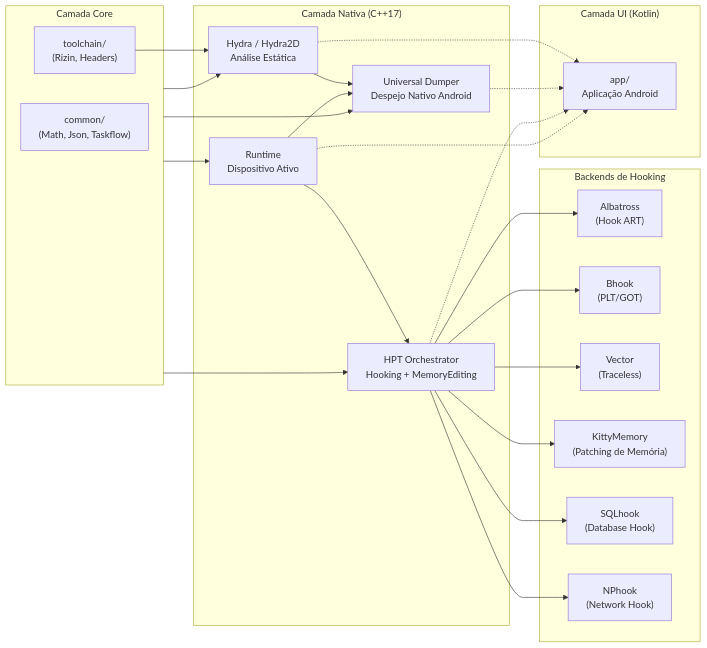
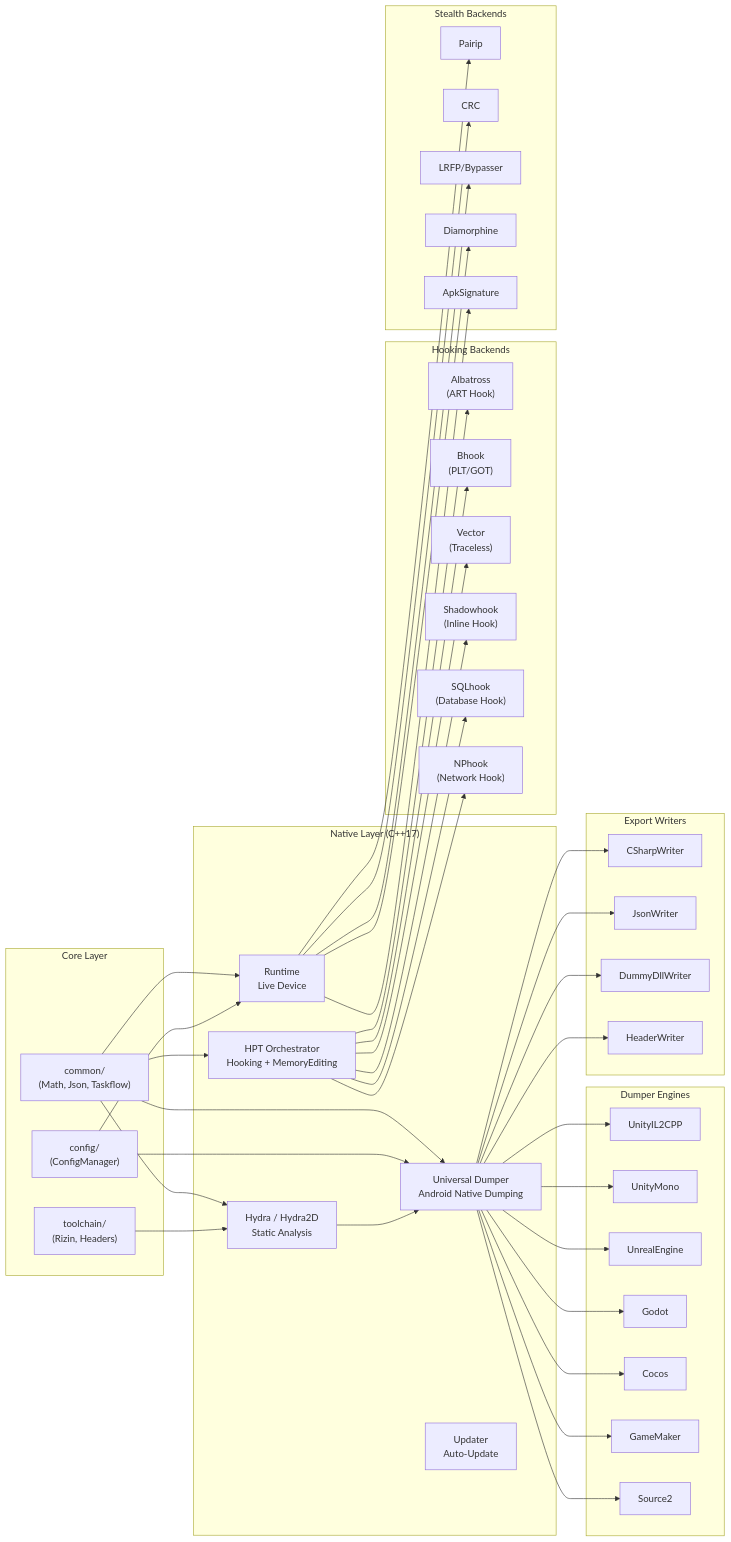
One commit to CicakDroid/OmniByte changed the second of 2 diagrams in README_PT.md. Above: the diagram before and after it, drawn with Mermaid. The commit also changed other lines of this file and 4 other files, not shown here.

````diff
--- a/README_PT.md
+++ b/README_PT.md
@@ -267,48 +324,81 @@
 ```mermaid
 flowchart LR
-    subgraph CORE["Camada Core"]
+    subgraph CORE["Core Layer"]
         COMMON["common/\n(Math, Json, Taskflow)"]
         TOOLCHAIN["toolchain/\n(Rizin, Headers)"]
+        CFM["config/\n(ConfigManager)"]
     end
 
-    subgraph NATIVE["Camada Nativa (C++17)"]
-        HYDRA["Hydra / Hydra2D\nAnálise Estática"]
-        DUMPER["Universal Dumper\nDespejo Nativo Android"]
+    subgraph NATIVE["Native Layer (C++17)"]
+        HYDRA["Hydra / Hydra2D\nStatic Analysis"]
+        DUMPER["Universal Dumper\nAndroid Native Dumping"]
         HPT["HPT Orchestrator\nHooking + MemoryEditing"]
-        RUNTIME["Runtime\nDispositivo Ativo"]
+        RUNTIME["Runtime\nLive Device"]
+        UPDATER["Updater\nAuto-Update"]
     end
 
-    subgraph HOOKS["Backends de Hooking"]
-        HK_ART["Albatross\n(Hook ART)"]
+    subgraph HOOKS["Hooking Backends"]
+        HK_ART["Albatross\n(ART Hook)"]
         HK_BHK["Bhook\n(PLT/GOT)"]
         HK_VEC["Vector\n(Traceless)"]
-        HK_KIT["KittyMemory\n(Patching de Memória)"]
+        HK_SHD["Shadowhook\n(Inline Hook)"]
         HK_SQL["SQLhook\n(Database Hook)"]
         HK_NP["NPhook\n(Network Hook)"]
     end
 
-    subgraph UI["Camada UI (Kotlin)"]
-        APP["app/\nAplicação Android"]
+    subgraph DUMP_ENGINES["Dumper Engines"]
+        DE_UIL["UnityIL2CPP"]
+        DE_UM["UnityMono"]
+        DE_UNR["UnrealEngine"]
+        DE_GD["Godot"]
+        DE_CC["Cocos"]
+        DE_GM["GameMaker"]
+        DE_S2["Source2"]
     end
 
-    CORE --> HYDRA
-    CORE --> DUMPER
-    CORE --> HPT
-    CORE --> RUNTIME
+    subgraph STEALTH["Stealth Backends"]
+        ZZ_PAIR["Pairip"]
+        ZZ_CRC["CRC"]
+        ZZ_LRFP["LRFP/Bypasser"]
+        ZZ_DIAM["Diamorphine"]
+        ZZ_APK["ApkSignature"]
+    end
+
+    subgraph WRITERS["Export Writers"]
+        W_CS["CSharpWriter"]
+        W_JSON["JsonWriter"]
+        W_DLL["DummyDllWriter"]
+        W_HDR["HeaderWriter"]
+    end
+
+    COMMON --> HYDRA
+    COMMON --> DUMPER
+    COMMON --> HPT
+    COMMON --> RUNTIME
     TOOLCHAIN --> HYDRA
-
+    CFM --> RUNTIME
+    CFM --> DUMPER
     HYDRA --> DUMPER
-    RUNTIME --> DUMPER
-    RUNTIME --> HPT
+    DUMPER --> W_CS
+    DUMPER --> W_JSON
+    DUMPER --> W_DLL
+    DUMPER --> W_HDR
     HPT --> HK_ART
     HPT --> HK_BHK
     HPT --> HK_VEC
-    HPT --> HK_KIT
+    HPT --> HK_SHD
     HPT --> HK_SQL
     HPT --> HK_NP
-
-    HYDRA -.-> APP
-    DUMPER -.-> APP
-    HPT -.-> APP
-    RUNTIME -.-> APP
+    DUMPER --> DE_UIL
+    DUMPER --> DE_UM
+    DUMPER --> DE_UNR
+    DUMPER --> DE_GD
+    DUMPER --> DE_CC
+    DUMPER --> DE_GM
+    DUMPER --> DE_S2
+    RUNTIME --> ZZ_PAIR
+    RUNTIME --> ZZ_CRC
+    RUNTIME --> ZZ_LRFP
+    RUNTIME --> ZZ_DIAM
+    RUNTIME --> ZZ_APK
 ```
````
